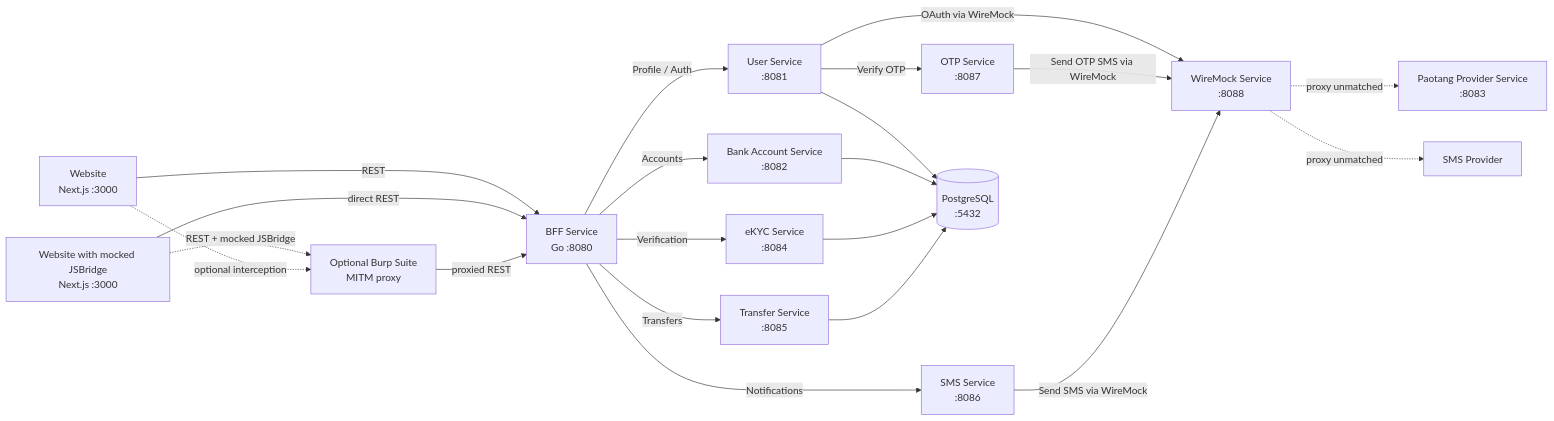
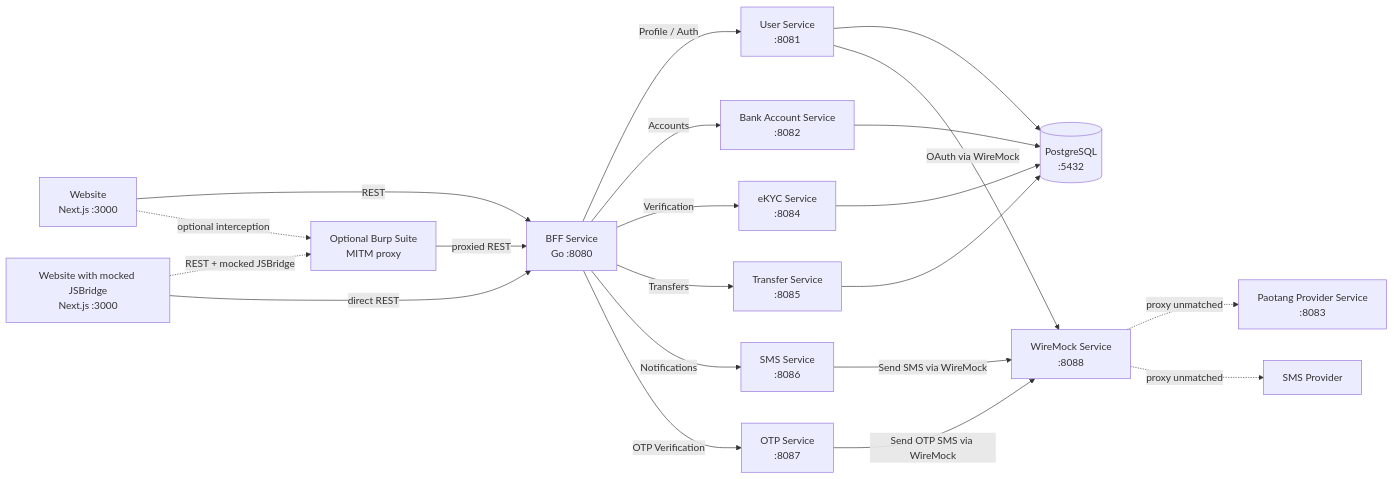
The first of 3 diagrams in SYSTEM-ARCHITECTURE.md (SiwakornSitti/ultra-smoooooth-testing), drawn with Mermaid before and after one commit. The commit also changed other lines of this file and 3 other files, not shown here.

Commit message:
feat: compose OTP verification business flow directly via bff-service instead of user-service

````diff
--- a/SYSTEM-ARCHITECTURE.md
+++ b/SYSTEM-ARCHITECTURE.md
@@ -14,44 +14,44 @@
 ```mermaid
 flowchart LR
     Browser[Website\nNext.js :3000]
     BridgeWebsite[Website with mocked JSBridge\nNext.js :3000]
     Burp[Optional Burp Suite\nMITM proxy]
     BFF[BFF Service\nGo :8080]
 
     User[User Service\n:8081]
     Account[Bank Account Service\n:8082]
     EKYC[eKYC Service\n:8084]
     Transfer[Transfer Service\n:8085]
     SMS[SMS Service\n:8086]
     OTP[OTP Service\n:8087]
     PaotangSvc[Paotang Provider Service\n:8083]
 
     DB[(PostgreSQL\n:5432)]
     WireMock[WireMock Service\n:8088]
     SMSProvider[SMS Provider]
 
     Browser -->|REST| BFF
     BridgeWebsite -.->|REST + mocked JSBridge| Burp
     BridgeWebsite -->|direct REST| BFF
     Burp -->|proxied REST| BFF
     Browser -.->|optional interception| Burp
 
     BFF -->|Profile / Auth| User
     BFF -->|Accounts| Account
     BFF -->|Verification| EKYC
     BFF -->|Transfers| Transfer
     BFF -->|Notifications| SMS
+    BFF -->|OTP Verification| OTP
 
     User --> DB
     Account --> DB
     EKYC --> DB
     Transfer --> DB
 
-    User -->|Verify OTP| OTP
     User -->|OAuth via WireMock| WireMock
     OTP -->|Send OTP SMS via WireMock| WireMock
     SMS -->|Send SMS via WireMock| WireMock
 
     WireMock -.->|proxy unmatched| PaotangSvc
     WireMock -.->|proxy unmatched| SMSProvider
 ```
````
